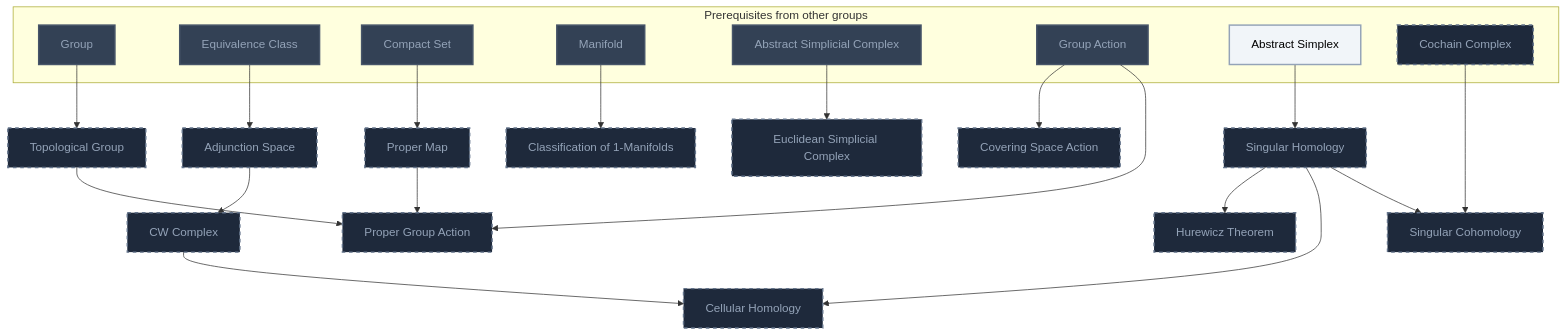
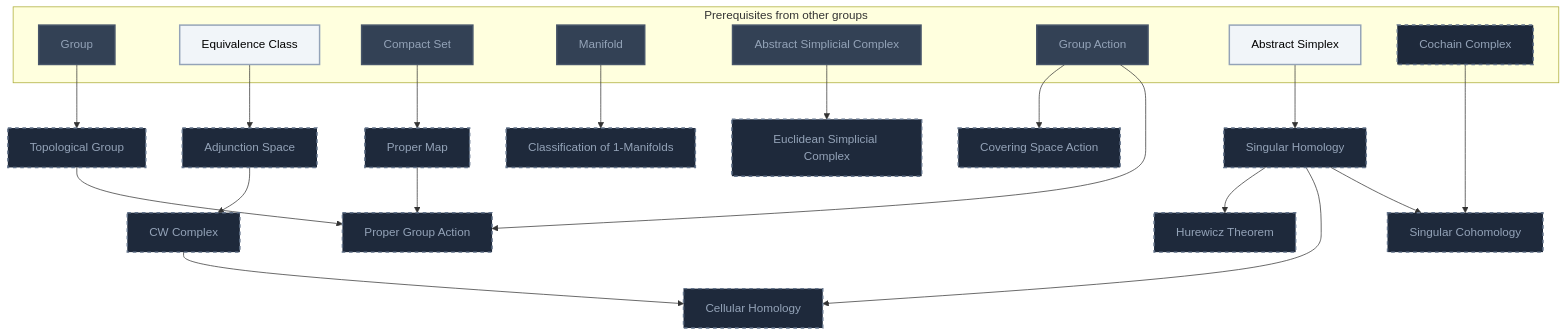
Diagram 19 of 21 in Gamification/Skill Trees/Differential Geometry.md (MRauf1/My-Notes), drawn with Mermaid before and after one commit. The commit also changed other lines of this file and 62 other files, not shown here.

````diff
--- a/Gamification/Skill Trees/Differential Geometry.md
+++ b/Gamification/Skill Trees/Differential Geometry.md
@@ -1233,54 +1236,54 @@
 ```mermaid
 flowchart TD
     classDef planned fill:#1E293B,stroke:#64748B,stroke-width:2px,stroke-dasharray:5 5,color:#94A3B8;
     classDef locked fill:#334155,stroke:#475569,stroke-width:2px,color:#94A3B8;
     classDef L0 fill:#F1F5F9,stroke:#94A3B8,stroke-width:2px,color:#000000;
     classDef L1 fill:#22C55E,stroke:#15803D,stroke-width:2px,color:#000000;
     classDef L2 fill:#3B82F6,stroke:#1D4ED8,stroke-width:3px,color:#FFFFFF;
     classDef L3 fill:#A855F7,stroke:#6B21A8,stroke-width:3px,color:#FFFFFF,font-weight:bold;
     classDef L4 fill:#F97316,stroke:#C2410C,stroke-width:4px,color:#000000,font-weight:bold;
     classDef L5 fill:#FFD700,stroke:#FF8C00,stroke-width:5px,color:#000000,font-weight:bold;
     classDef rusty stroke:#8B4513,stroke-width:4px,stroke-dasharray:3 3;
     subgraph sg_prereqs["Prerequisites from other groups"]
         n_group["Group"]
         n_equivalence_class["Equivalence Class"]
         n_compact_set["Compact Set"]
         n_manifold["Manifold"]
         n_abstract_simplicial_complex["Abstract Simplicial Complex"]
         n_group_action["Group Action"]
         n_abstract_simplex["Abstract Simplex"]
         n_cochain_complex["Cochain Complex"]
     end
     n_adjunction_space["Adjunction Space"]
     n_topological_group["Topological Group"]
     n_proper_map["Proper Map"]
     n_cw_complex["CW Complex"]
     n_classification_of_1_manifolds["Classification of 1-Manifolds"]
     n_euclidean_simplicial_complex["Euclidean Simplicial Complex"]
     n_covering_space_action["Covering Space Action"]
     n_proper_group_action["Proper Group Action"]
     n_singular_homology["Singular Homology"]
     n_hurewicz_theorem["Hurewicz Theorem"]
     n_cellular_homology["Cellular Homology"]
     n_singular_cohomology["Singular Cohomology"]
     n_group --> n_topological_group
     n_equivalence_class --> n_adjunction_space
     n_compact_set --> n_proper_map
     n_adjunction_space --> n_cw_complex
     n_manifold --> n_classification_of_1_manifolds
     n_abstract_simplicial_complex --> n_euclidean_simplicial_complex
     n_group_action --> n_covering_space_action
     n_group_action --> n_proper_group_action
     n_proper_map --> n_proper_group_action
     n_topological_group --> n_proper_group_action
     n_abstract_simplex --> n_singular_homology
     n_singular_homology --> n_hurewicz_theorem
     n_singular_homology --> n_cellular_homology
     n_cw_complex --> n_cellular_homology
     n_singular_homology --> n_singular_cohomology
     n_cochain_complex --> n_singular_cohomology
     class n_cochain_complex,n_adjunction_space,n_topological_group,n_proper_map,n_cw_complex,n_classification_of_1_manifolds,n_euclidean_simplicial_complex,n_covering_space_action,n_proper_group_action,n_singular_homology,n_hurewicz_theorem,n_cellular_homology,n_singular_cohomology planned;
-    class n_group,n_equivalence_class,n_compact_set,n_manifold,n_abstract_simplicial_complex,n_group_action locked;
-    class n_abstract_simplex L0;
+    class n_group,n_compact_set,n_manifold,n_abstract_simplicial_complex,n_group_action locked;
+    class n_equivalence_class,n_abstract_simplex L0;
     class n_group,n_equivalence_class,n_compact_set,n_manifold,n_abstract_simplicial_complex,n_group_action,n_abstract_simplex internal-link;
 ```
````
